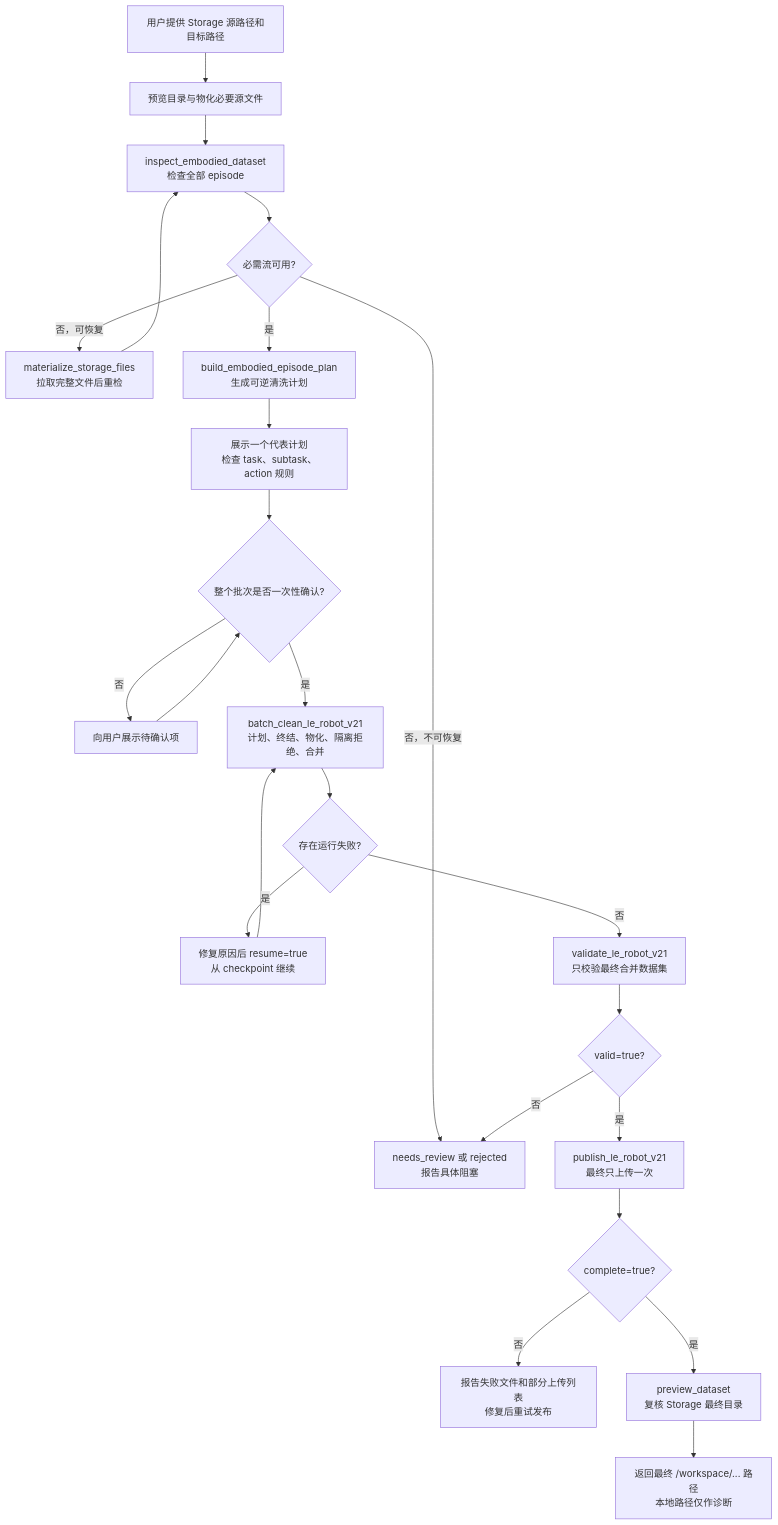
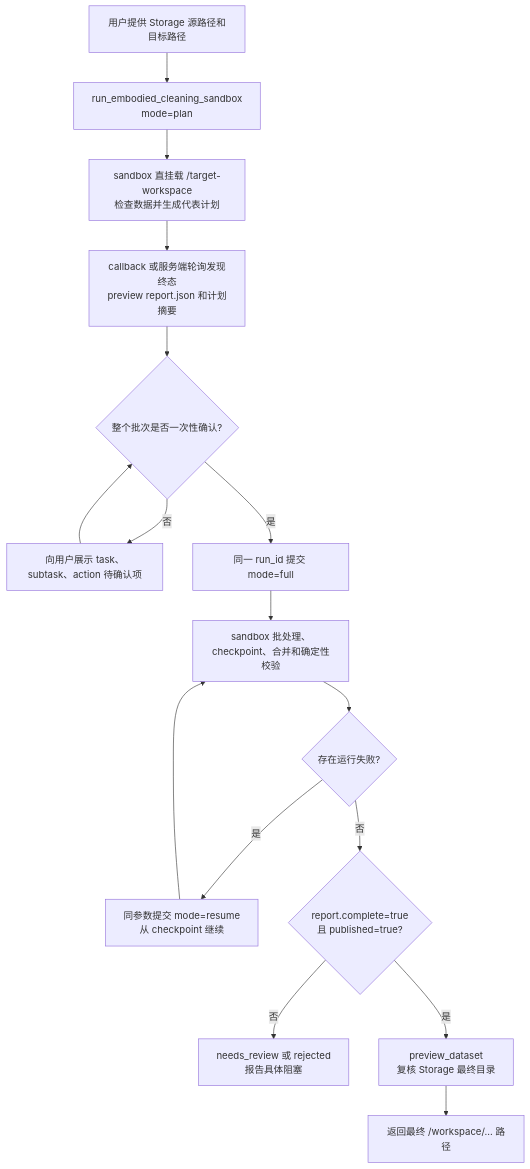
One commit to Pyromind-Dynamics/software-agent-sdk changed the diagram in docs/embodied-data-cleaning-skill-flow.zh-CN.md. Above: the diagram before and after it, drawn with Mermaid. The commit also changed other lines of this file and 37 other files, not shown here.

Commit message:
update embodied data cleaning workflow

````diff
--- a/docs/embodied-data-cleaning-skill-flow.zh-CN.md
+++ b/docs/embodied-data-cleaning-skill-flow.zh-CN.md
@@ -94,26 +96,18 @@
 ```mermaid
 flowchart TD
-    A["用户提供 Storage 源路径和目标路径"] --> B["预览目录与物化必要源文件"]
-    B --> C["inspect_embodied_dataset\n检查全部 episode"]
-    C --> D{"必需流可用?"}
-    D -- "否，可恢复" --> E["materialize_storage_files\n拉取完整文件后重检"]
-    E --> C
-    D -- "否，不可恢复" --> X["needs_review 或 rejected\n报告具体阻塞"]
-    D -- "是" --> F["build_embodied_episode_plan\n生成可逆清洗计划"]
-    F --> G["展示一个代表计划\n检查 task、subtask、action 规则"]
-    G --> H{"整个批次是否一次性确认?"}
-    H -- "否" --> I["向用户展示待确认项"]
-    I --> H
-    H -- "是" --> J["batch_clean_le_robot_v21\n计划、终结、物化、隔离拒绝、合并"]
-    J --> K{"存在运行失败?"}
-    K -- "是" --> L["修复原因后 resume=true\n从 checkpoint 继续"]
-    L --> J
-    K -- "否" --> M["validate_le_robot_v21\n只校验最终合并数据集"]
-    M --> N{"valid=true?"}
-    N -- "否" --> X
-    N -- "是" --> O["publish_le_robot_v21\n最终只上传一次"]
-    O --> P{"complete=true?"}
-    P -- "否" --> Q["报告失败文件和部分上传列表\n修复后重试发布"]
-    P -- "是" --> R["preview_dataset\n复核 Storage 最终目录"]
-    R --> S["返回最终 /workspace/... 路径\n本地路径仅作诊断"]
+    A["用户提供 Storage 源路径和目标路径"] --> B["run_embodied_cleaning_sandbox\nmode=plan"]
+    B --> C["sandbox 直挂载 /target-workspace\n检查数据并生成代表计划"]
+    C --> D["callback 或服务端轮询发现终态\npreview report.json 和计划摘要"]
+    D --> E{"整个批次是否一次性确认?"}
+    E -- "否" --> F["向用户展示 task、subtask、action 待确认项"]
+    F --> E
+    E -- "是" --> G["同一 run_id 提交 mode=full"]
+    G --> H["sandbox 批处理、checkpoint、合并和确定性校验"]
+    H --> I{"存在运行失败?"}
+    I -- "是" --> J["同参数提交 mode=resume\n从 checkpoint 继续"]
+    J --> H
+    I -- "否" --> K{"report.complete=true\n且 published=true?"}
+    K -- "否" --> X["needs_review 或 rejected\n报告具体阻塞"]
+    K -- "是" --> L["preview_dataset\n复核 Storage 最终目录"]
+    L --> M["返回最终 /workspace/... 路径"]
 ```
````
